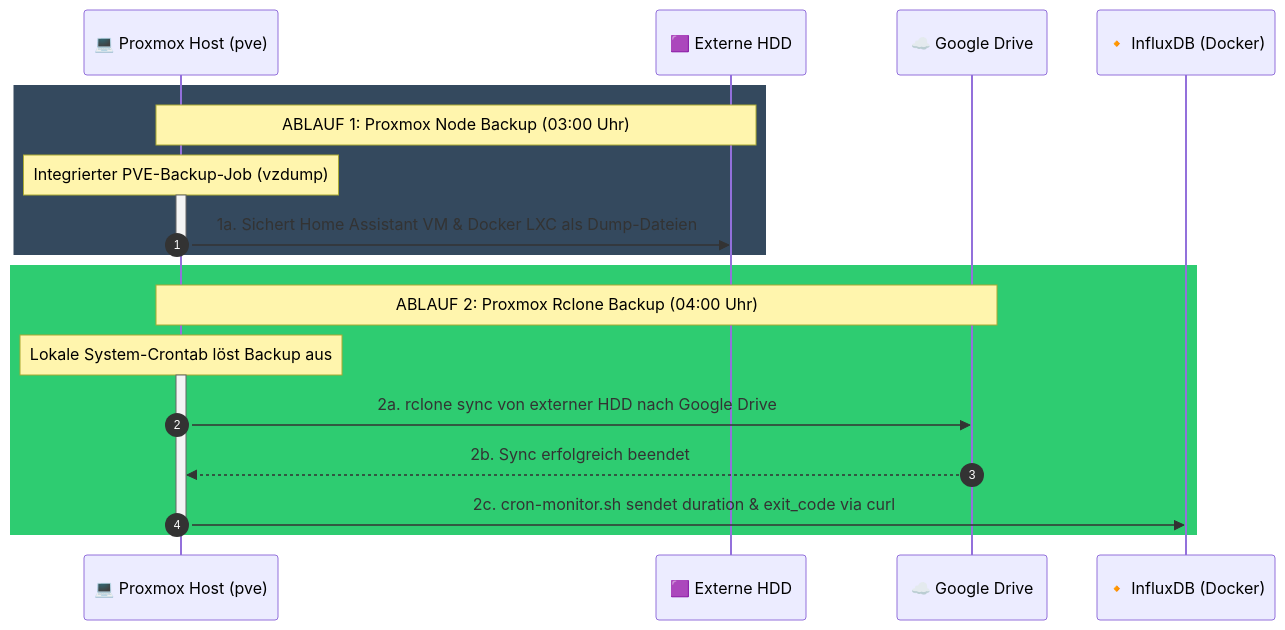
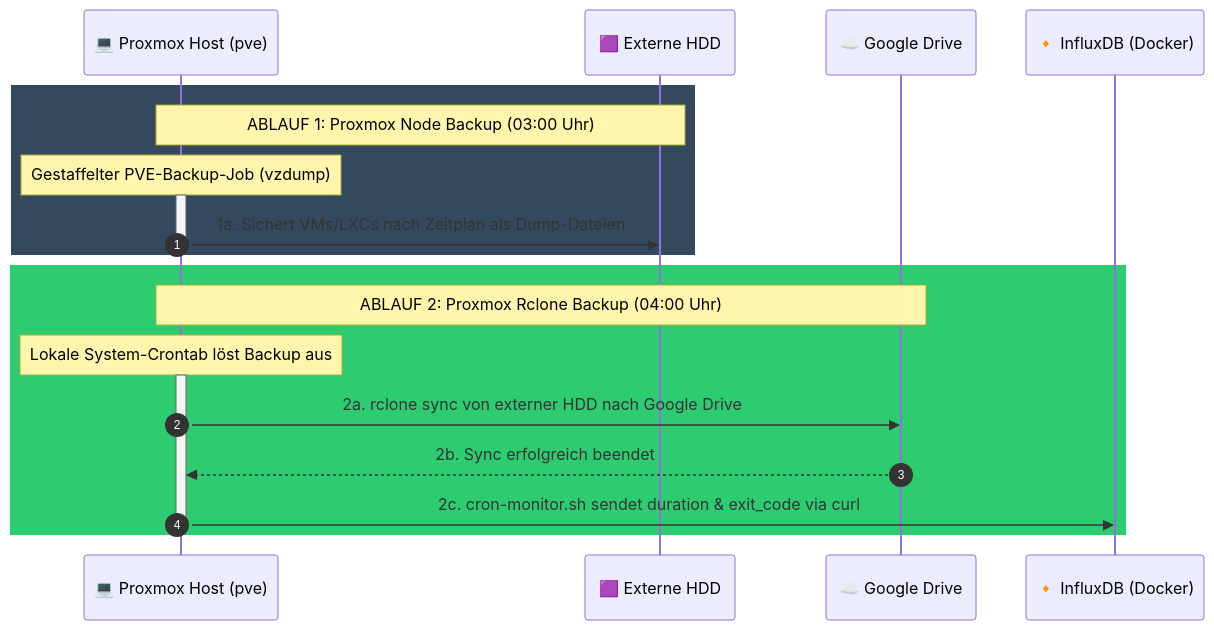
One commit to mxpfister/homelab-architecture changed the fifth of 7 diagrams in README.md. Above: the diagram before and after it, drawn with Mermaid. The commit also changed other lines of this file, not shown here.

````diff
--- a/README.md
+++ b/README.md
@@ -249,28 +254,28 @@
 ```mermaid
 sequenceDiagram
     autonumber
     participant PVE as 💻 Proxmox Host (pve)
     participant HDD as 🟪 Externe HDD
     participant GDrive as ☁️ Google Drive
     participant Influx as 🔸 InfluxDB (Docker)
 
     %% --- ABLAUF 1: PROXMOX VZDUMP BACKUP (03:00 UHR) ---
     rect rgb(52, 73, 94)
         Note over PVE, HDD: ABLAUF 1: Proxmox Node Backup (03:00 Uhr)
-        Note over PVE: Integrierter PVE-Backup-Job (vzdump)
+        Note over PVE: Gestaffelter PVE-Backup-Job (vzdump)
         activate PVE
-        PVE->>HDD: 1a. Sichert Home Assistant VM & Docker LXC als Dump-Dateien
+        PVE->>HDD: 1a. Sichert VMs/LXCs nach Zeitplan als Dump-Dateien
         deactivate PVE
     end
 
     %% --- ABLAUF 2: PROXMOX RCLONE CLOUD SYNC (04:00 UHR) ---
     rect rgb(46, 204, 113)
         Note over PVE, GDrive: ABLAUF 2: Proxmox Rclone Backup (04:00 Uhr)
         Note over PVE: Lokale System-Crontab löst Backup aus
         activate PVE
         PVE->>GDrive: 2a. rclone sync von externer HDD nach Google Drive
         GDrive-->>PVE: 2b. Sync erfolgreich beendet
         PVE->>Influx: 2c. cron-monitor.sh sendet duration & exit_code via curl
         deactivate PVE
     end
 ```
````
